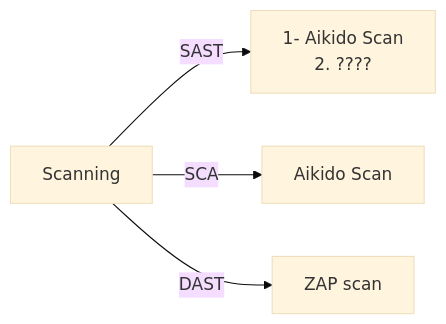
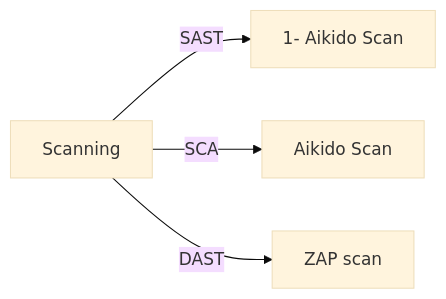
The second of 2 diagrams in README.md (dmss-group3-practice-module/backend), drawn with Mermaid (base theme) before and after one commit. The commit also changed other lines of this file and 3 other files, not shown here.

````diff
--- a/README.md
+++ b/README.md
@@ -75,8 +77,7 @@
 ```mermaid
 flowchart LR
     A[Scanning]
-    A -->|SAST| B[1- Aikido Scan
-2. ????]
+    A -->|SAST| B[1- Aikido Scan]
     A -->|SCA| C[Aikido Scan]
     A -->|DAST| D[ZAP scan]
 ```
````
